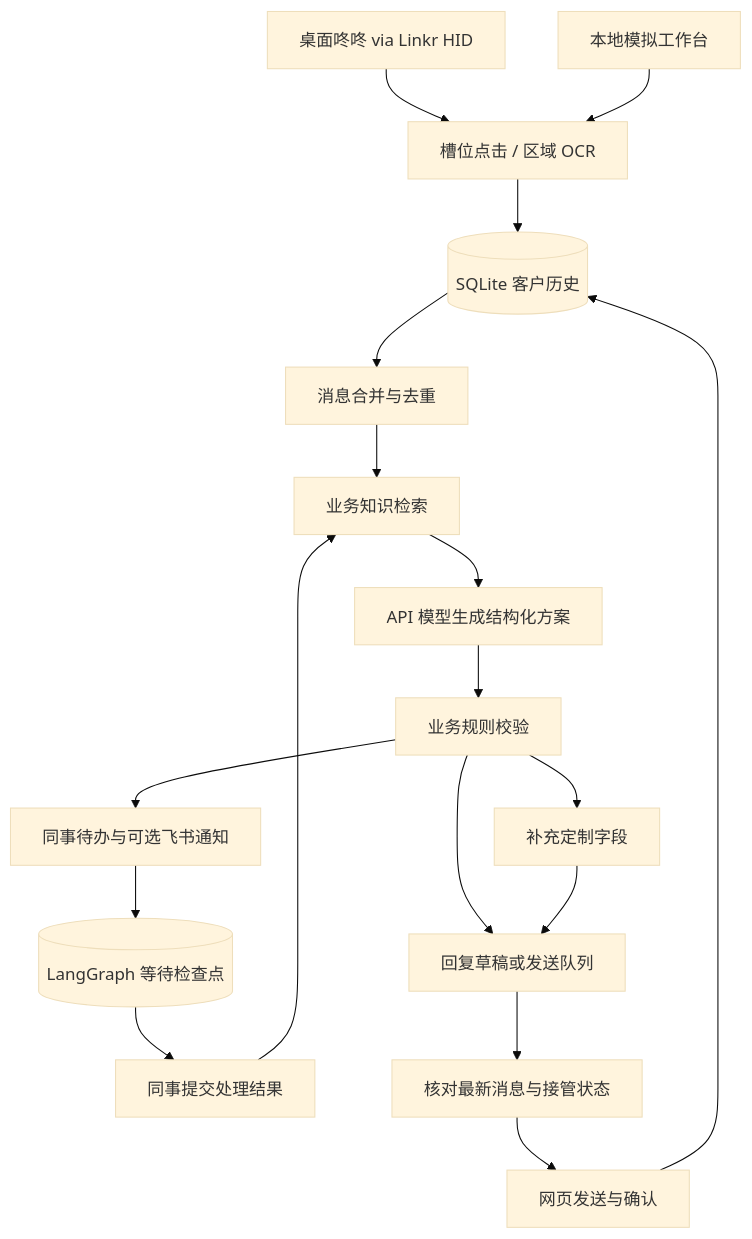
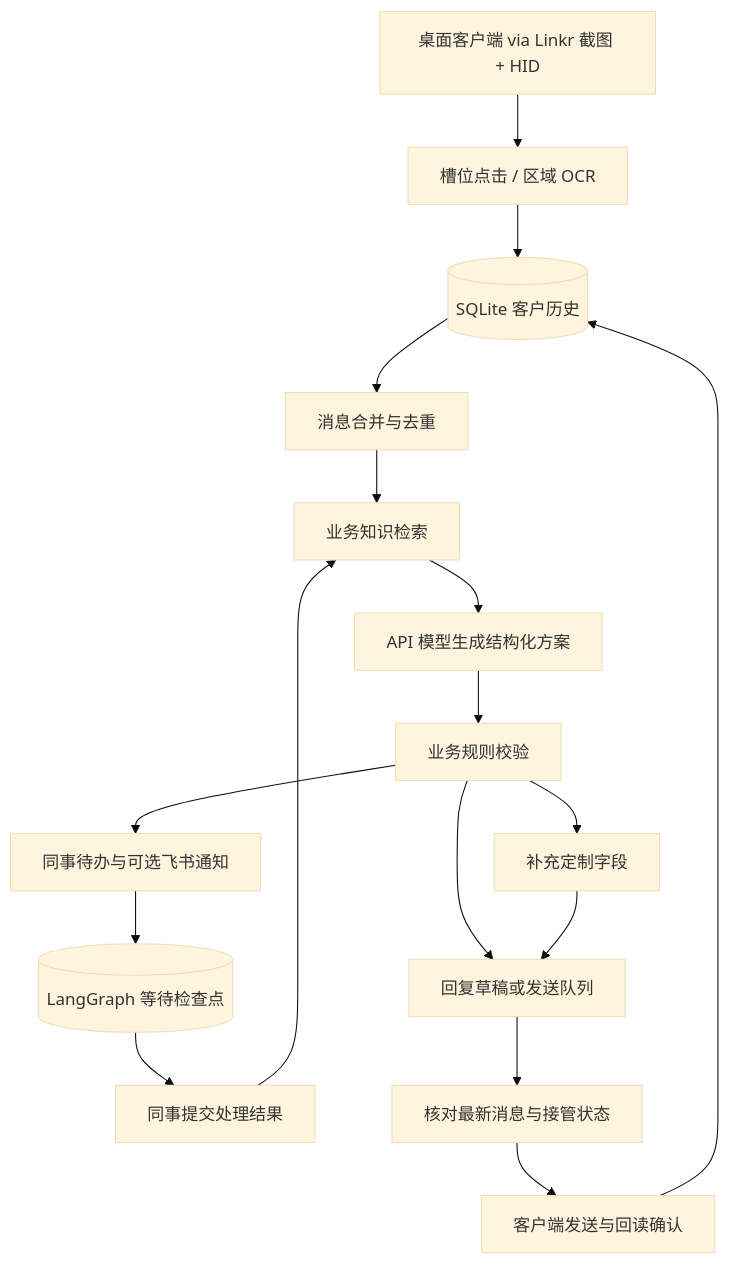
Before and after one commit to Ronin-1124/cs-duty: the diagram in docs/architecture.md, drawn with Mermaid (base theme). The commit also changed other lines of this file and 5 other files, not shown here.

````diff
--- a/docs/architecture.md
+++ b/docs/architecture.md
@@ -7,20 +7,19 @@
 ```mermaid
 flowchart TD
-  Desk[桌面咚咚 via Linkr HID] --> Reader[槽位点击 / 区域 OCR]
-  Mock[本地模拟工作台] --> Reader
+  Desk[桌面客户端 via Linkr 截图 + HID] --> Reader[槽位点击 / 区域 OCR]
   Reader --> DB[(SQLite 客户历史)]
   DB --> Merge[消息合并与去重]
   Merge --> Retrieve[业务知识检索]
   Retrieve --> Model[API 模型生成结构化方案]
   Model --> Rules[业务规则校验]
   Rules --> Collect[补充定制字段]
   Rules --> Task[同事待办与可选飞书通知]
   Rules --> Reply[回复草稿或发送队列]
   Collect --> Reply
   Task --> Checkpoint[(LangGraph 等待检查点)]
   Checkpoint --> Result[同事提交处理结果]
   Result --> Retrieve
   Reply --> Verify[核对最新消息与接管状态]
-  Verify --> Send[网页发送与确认]
+  Verify --> Send[客户端发送与回读确认]
   Send --> DB
 ```
````
